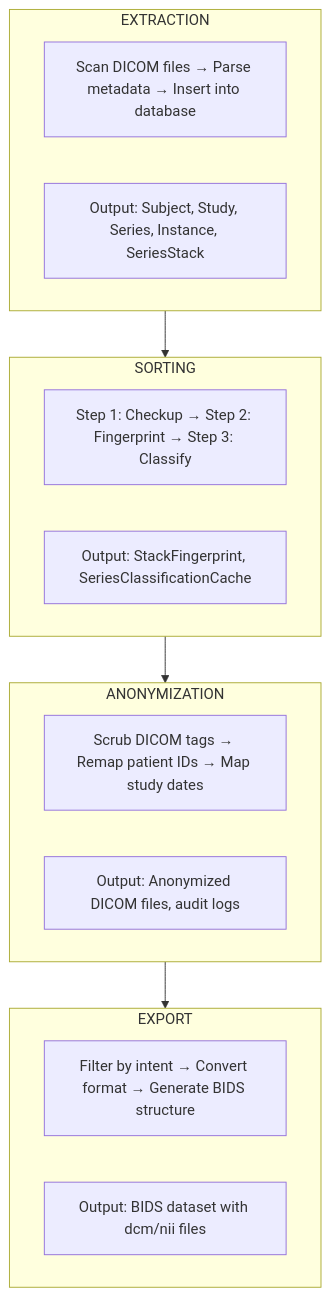
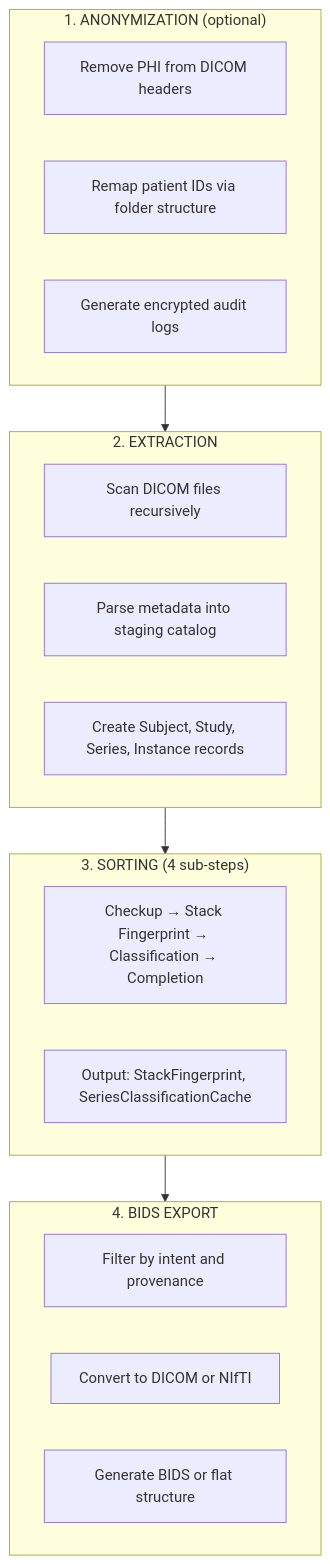
Before and after one commit to NeuroGranberg/NILS: the diagram in docs/cohort/index.md, drawn with Mermaid. The commit also changed other lines of this file, not shown here.

Commit message:
docs: fix cohort pipeline order Correct order: Anonymize → Extract → Sort → BIDS Export

````diff
--- a/docs/cohort/index.md
+++ b/docs/cohort/index.md
@@ -46,26 +50,29 @@
 ```mermaid
 flowchart TB
-    subgraph extraction["EXTRACTION"]
-        e1["Scan DICOM files → Parse metadata → Insert into database"]
-        e2["Output: Subject, Study, Series, Instance, SeriesStack"]
+    subgraph anonymize["1. ANONYMIZATION (optional)"]
+        a1["Remove PHI from DICOM headers"]
+        a2["Remap patient IDs via folder structure"]
+        a3["Generate encrypted audit logs"]
     end
 
-    subgraph sorting["SORTING"]
-        s1["Step 1: Checkup → Step 2: Fingerprint → Step 3: Classify"]
+    subgraph extract["2. EXTRACTION"]
+        e1["Scan DICOM files recursively"]
+        e2["Parse metadata into staging catalog"]
+        e3["Create Subject, Study, Series, Instance records"]
+    end
+
+    subgraph sort["3. SORTING (4 sub-steps)"]
+        s1["Checkup → Stack Fingerprint → Classification → Completion"]
         s2["Output: StackFingerprint, SeriesClassificationCache"]
     end
 
-    subgraph anonymization["ANONYMIZATION"]
-        a1["Scrub DICOM tags → Remap patient IDs → Map study dates"]
-        a2["Output: Anonymized DICOM files, audit logs"]
+    subgraph bids["4. BIDS EXPORT"]
+        b1["Filter by intent and provenance"]
+        b2["Convert to DICOM or NIfTI"]
+        b3["Generate BIDS or flat structure"]
     end
 
-    subgraph export["EXPORT"]
-        x1["Filter by intent → Convert format → Generate BIDS structure"]
-        x2["Output: BIDS dataset with dcm/nii files"]
-    end
-
-    extraction --> sorting
-    sorting --> anonymization
-    anonymization --> export
+    anonymize --> extract
+    extract --> sort
+    sort --> bids
 ```
````
